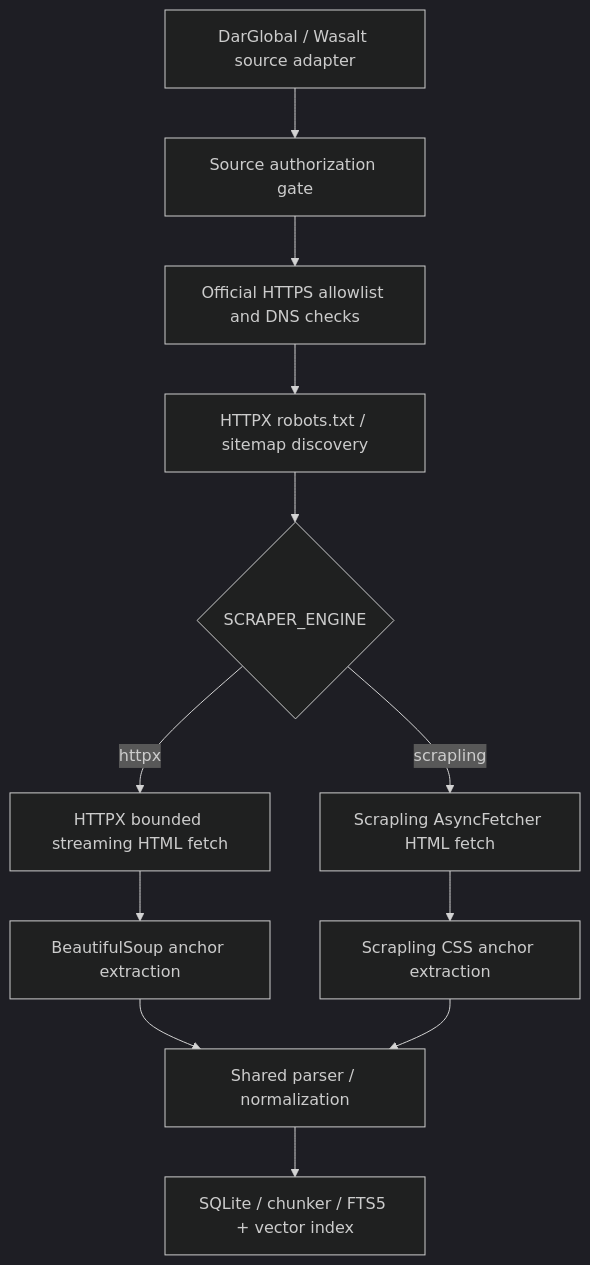
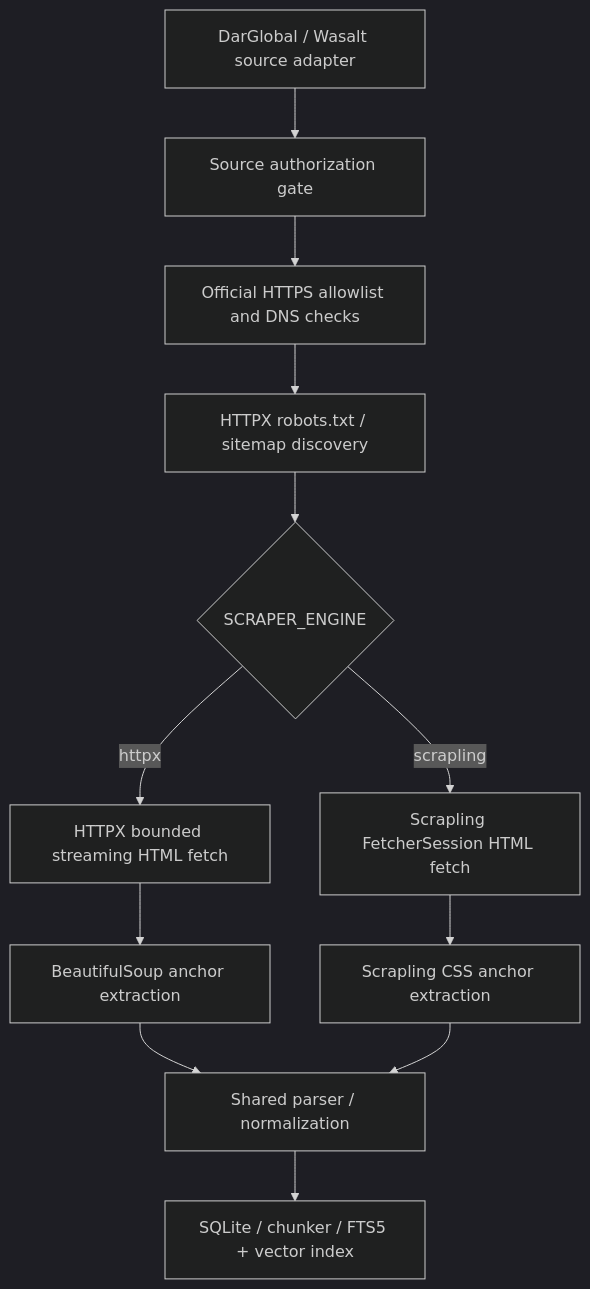
One commit to whyweexist/DARglobal changed the diagram in docs/scrapling.md. Above: the diagram before and after it, drawn with Mermaid (dark theme). The commit also changed other lines of this file and 26 other files, not shown here.

````diff
--- a/docs/scrapling.md
+++ b/docs/scrapling.md
@@ -16,14 +16,14 @@
 ```mermaid
 flowchart TD
     A[DarGlobal / Wasalt source adapter] --> B[Source authorization gate]
     B --> C[Official HTTPS allowlist and DNS checks]
     C --> D[HTTPX robots.txt / sitemap discovery]
     D --> E{SCRAPER_ENGINE}
     E -->|httpx| F[HTTPX bounded streaming HTML fetch]
-    E -->|scrapling| G[Scrapling AsyncFetcher HTML fetch]
+    E -->|scrapling| G[Scrapling FetcherSession HTML fetch]
     F --> H[BeautifulSoup anchor extraction]
     G --> I[Scrapling CSS anchor extraction]
     H --> J[Shared parser / normalization]
     I --> J
     J --> K[SQLite / chunker / FTS5 + vector index]
 ```
````
